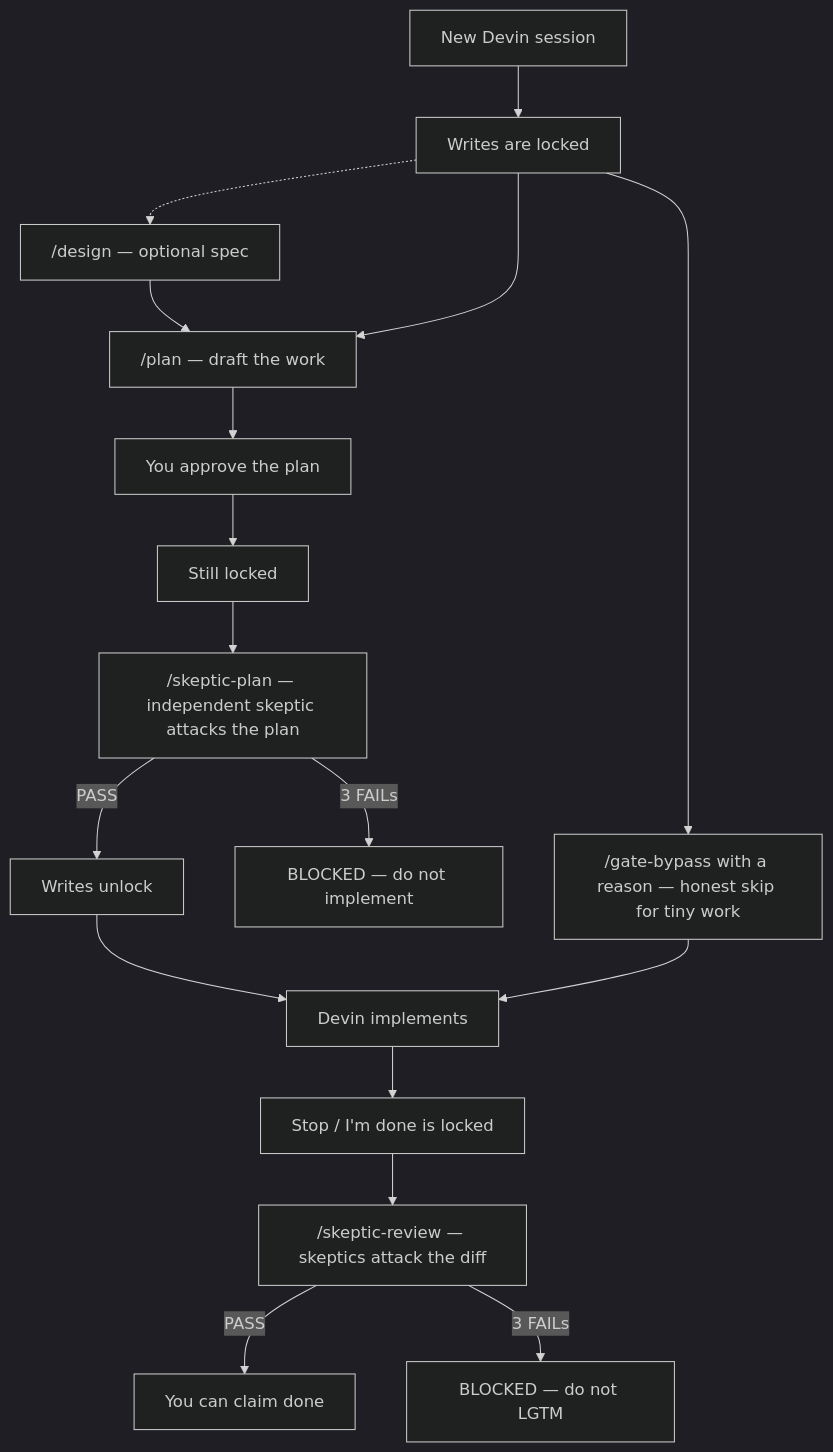
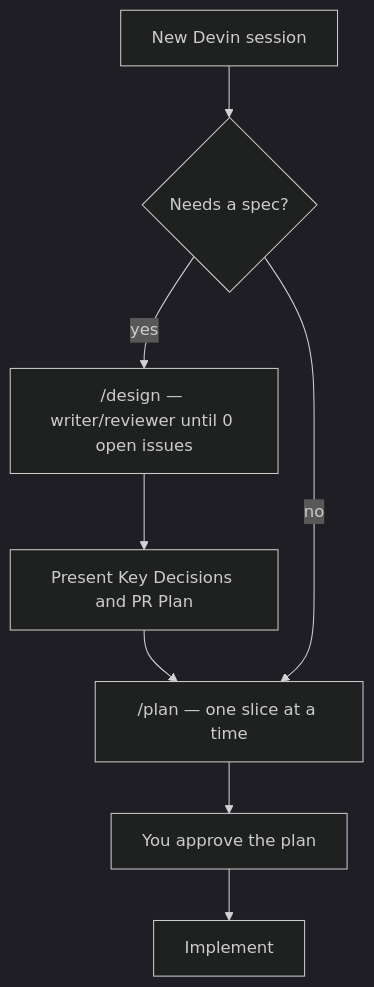
The first of 2 diagrams in README.md (hilather/devin-skills), drawn with Mermaid (dark theme) before and after one commit. The commit also changed other lines of this file and 70 other files, not shown here.

First line of the commit message:
feat: drop the write-lock; keep /design and builtin /plan

````diff
--- a/README.md
+++ b/README.md
@@ -58,19 +42,10 @@
 ```mermaid
 flowchart TD
-  A[New Devin session] --> B[Writes are locked]
-  B -.-> Opt["/design — optional spec"]
-  Opt --> C
-  B --> C["/plan — draft the work"]
-  C --> D[You approve the plan]
-  D --> E["Still locked"]
-  E --> F["/skeptic-plan — independent skeptic attacks the plan"]
-  F -->|PASS| G[Writes unlock]
-  F -->|3 FAILs| X[BLOCKED — do not implement]
-  G --> H[Devin implements]
-  H --> I["Stop / I'm done is locked"]
-  I --> J["/skeptic-review — skeptics attack the diff"]
-  J -->|PASS| K[You can claim done]
-  J -->|3 FAILs| Y[BLOCKED — do not LGTM]
-  B --> Z["/gate-bypass with a reason — honest skip for tiny work"]
-  Z --> H
+  A[New Devin session] --> Opt{"Needs a spec?"}
+  Opt -->|yes| B["/design — writer/reviewer until 0 open issues"]
+  B --> C["Present Key Decisions and PR Plan"]
+  C --> D["/plan — one slice at a time"]
+  Opt -->|no| D
+  D --> E[You approve the plan]
+  E --> F[Implement]
 ```
````
